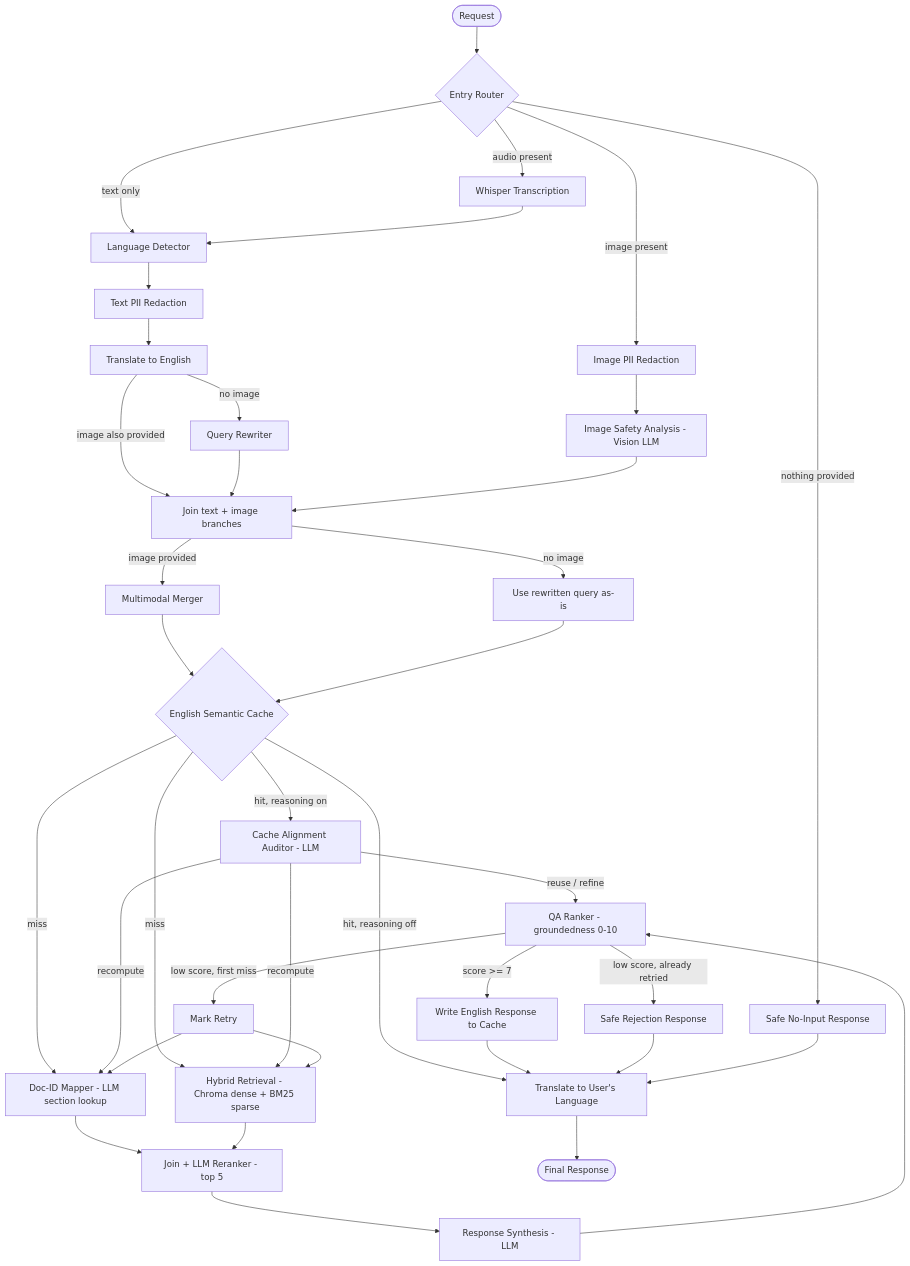
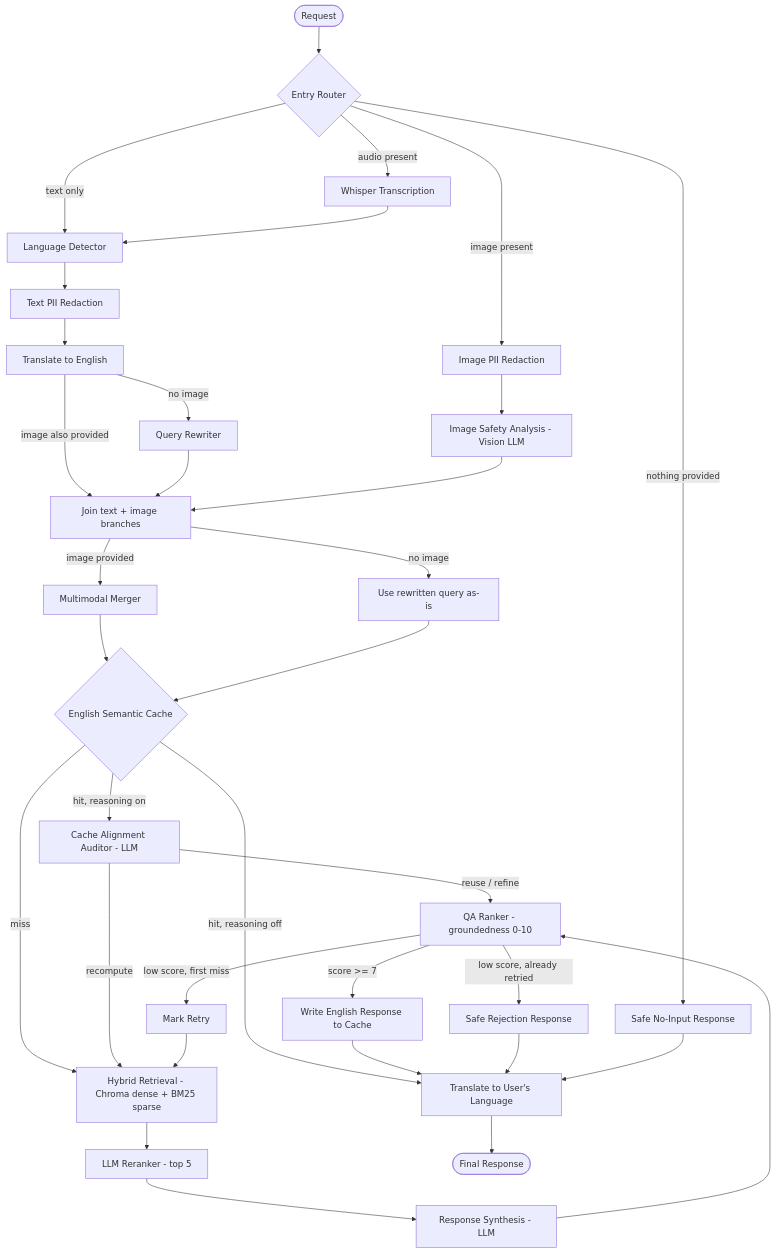
Before and after one commit to ramhany-coder/Advanced-multi-model-Safety-Eng.-RAG-project: the diagram in README.md, drawn with Mermaid. The commit also changed other lines of this file and 31 other files, not shown here.

````diff
--- a/README.md
+++ b/README.md
@@ -84,50 +82,46 @@
 ```mermaid
 flowchart TD
     START([Request]) --> ROUTER{Entry Router}
 
     ROUTER -->|text only| LANG[Language Detector]
     ROUTER -->|audio present| AUDIO[Whisper Transcription]
     ROUTER -->|image present| IMGPII[Image PII Redaction]
     ROUTER -->|nothing provided| NOINPUT[Safe No-Input Response]
 
     AUDIO --> LANG
     LANG --> TEXTPII[Text PII Redaction]
     TEXTPII --> TRANS[Translate to English]
     TRANS -->|no image| REWRITE[Query Rewriter]
     TRANS -->|image also provided| JOIN
     REWRITE --> JOIN[Join text + image branches]
 
     IMGPII --> IMGEXP[Image Safety Analysis - Vision LLM]
     IMGEXP --> JOIN
 
     JOIN -->|image provided| MERGE[Multimodal Merger]
     JOIN -->|no image| SKIPMERGE[Use rewritten query as-is]
 
     MERGE --> CACHE{English Semantic Cache}
     SKIPMERGE --> CACHE
 
     CACHE -->|hit, reasoning off| RESPTRANS
     CACHE -->|hit, reasoning on| CACHEREASON[Cache Alignment Auditor - LLM]
-    CACHE -->|miss| DOCID[Doc-ID Mapper - LLM section lookup]
     CACHE -->|miss| RETRIEVE[Hybrid Retrieval - Chroma dense + BM25 sparse]
 
     CACHEREASON -->|reuse / refine| RANKER
-    CACHEREASON -->|recompute| DOCID
     CACHEREASON -->|recompute| RETRIEVE
 
-    DOCID --> RERANK[Join + LLM Reranker - top 5]
-    RETRIEVE --> RERANK
+    RETRIEVE --> RERANK[LLM Reranker - top 5]
     RERANK --> RESPOND[Response Synthesis - LLM]
     RESPOND --> RANKER[QA Ranker - groundedness 0-10]
 
     RANKER -->|score >= 7| CACHEWRITE[Write English Response to Cache]
     RANKER -->|low score, first miss| RETRY[Mark Retry]
-    RETRY --> DOCID
     RETRY --> RETRIEVE
     RANKER -->|low score, already retried| REJECT[Safe Rejection Response]
 
     CACHEWRITE --> RESPTRANS[Translate to User's Language]
     REJECT --> RESPTRANS
     NOINPUT --> RESPTRANS
     RESPTRANS --> DONE([Final Response])
 ```
````
